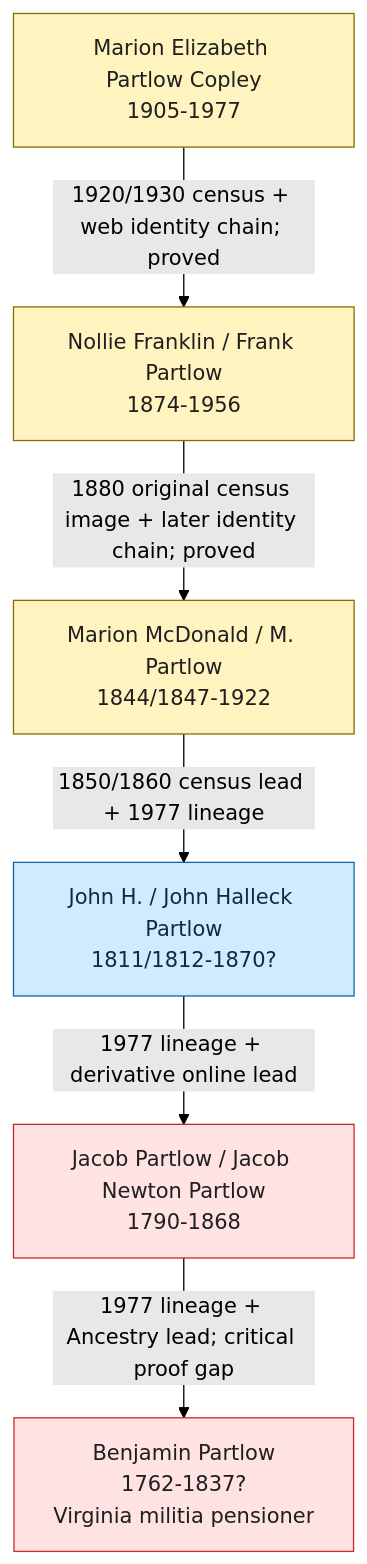
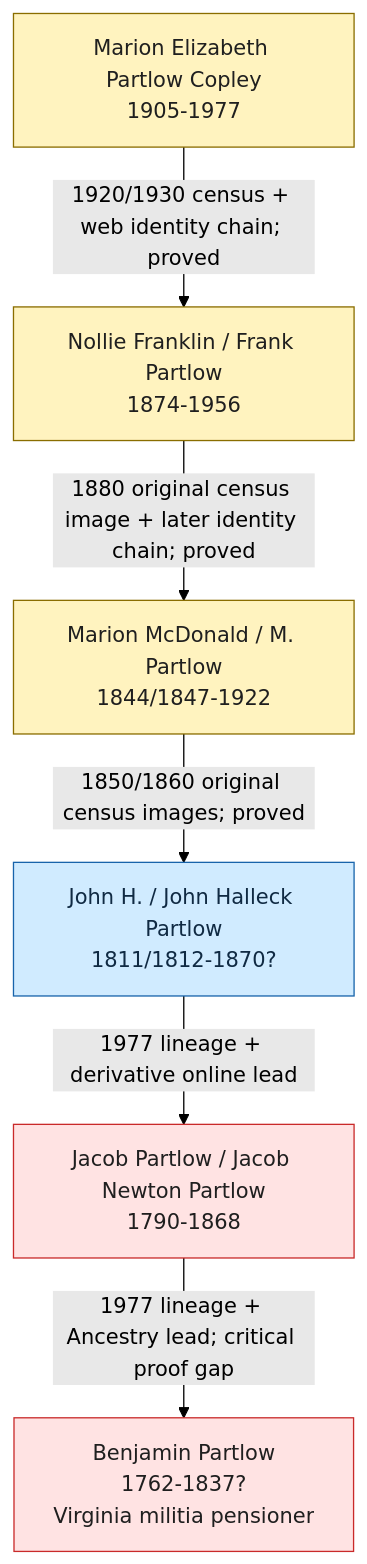
The first of 2 diagrams in RQ-P1-PARTLOW-REVOLUTIONARY-LINE.md (zcopley/copley-family-research), drawn with Mermaid (forest theme) before and after one commit. The commit also changed other lines of this file and 13 other files, not shown here.

Commit message:
Integrate 1850 and 1860 Partlow census images

````diff
--- a/RQ-P1-PARTLOW-REVOLUTIONARY-LINE.md
+++ b/RQ-P1-PARTLOW-REVOLUTIONARY-LINE.md
@@ -39,23 +39,23 @@
 ```mermaid
 graph TD
     ME["Marion Elizabeth Partlow Copley<br/>1905-1977"]
     NF["Nollie Franklin / Frank Partlow<br/>1874-1956"]
     MM["Marion McDonald / M. Partlow<br/>1844/1847-1922"]
     JH["John H. / John Halleck Partlow<br/>1811/1812-1870?"]
     JP["Jacob Partlow / Jacob Newton Partlow<br/>1790-1868"]
     BP["Benjamin Partlow<br/>1762-1837?<br/>Virginia militia pensioner"]
 
     ME -->|"1920/1930 census + web identity chain; proved"| NF
     NF -->|"1880 original census image + later identity chain; proved"| MM
-    MM -->|"1850/1860 census lead + 1977 lineage"| JH
+    MM -->|"1850/1860 original census images; proved"| JH
     JH -->|"1977 lineage + derivative online lead"| JP
     JP -->|"1977 lineage + Ancestry lead; critical proof gap"| BP
 
     class ME,NF,MM familySource
     class JH censusLead
     class JP,BP proofGap
 
     classDef familySource fill:#fff3bf,stroke:#8a6d00,color:#1f1f1f;
     classDef censusLead fill:#d0ebff,stroke:#1864ab,color:#102a43;
     classDef proofGap fill:#ffe3e3,stroke:#c92a2a,color:#1f1f1f;
 ```
````
